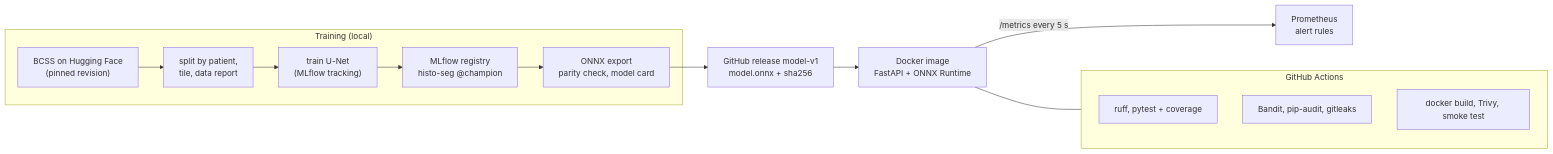
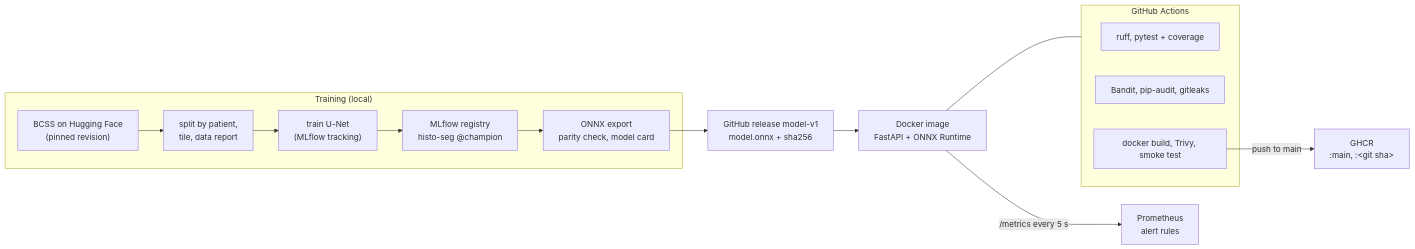
Before and after one commit to fyakkan/histo-seg-service: the diagram in README.md, drawn with Mermaid. The commit also changed other lines of this file and 2 other files, not shown here.

First line of the commit message:
ci: publish the image to GHCR on merge to main (#6)

````diff
--- a/README.md
+++ b/README.md
@@ -25,18 +25,19 @@
 ```mermaid
 flowchart LR
     subgraph train["Training (local)"]
         A["BCSS on Hugging Face<br/>(pinned revision)"] --> B["split by patient,<br/>tile, data report"]
         B --> C["train U-Net<br/>(MLflow tracking)"]
         C --> D["MLflow registry<br/>histo-seg @champion"]
         D --> E["ONNX export<br/>parity check, model card"]
     end
     E --> F["GitHub release model-v1<br/>model.onnx + sha256"]
     F --> G["Docker image<br/>FastAPI + ONNX Runtime"]
     subgraph ci["GitHub Actions"]
         H["ruff, pytest + coverage"]
         I["Bandit, pip-audit, gitleaks"]
         J["docker build, Trivy, smoke test"]
     end
     G --- ci
+    J -- "push to main" --> R["GHCR<br/>:main, :&lt;git sha&gt;"]
     G -- "/metrics every 5 s" --> K["Prometheus<br/>alert rules"]
 ```
````
